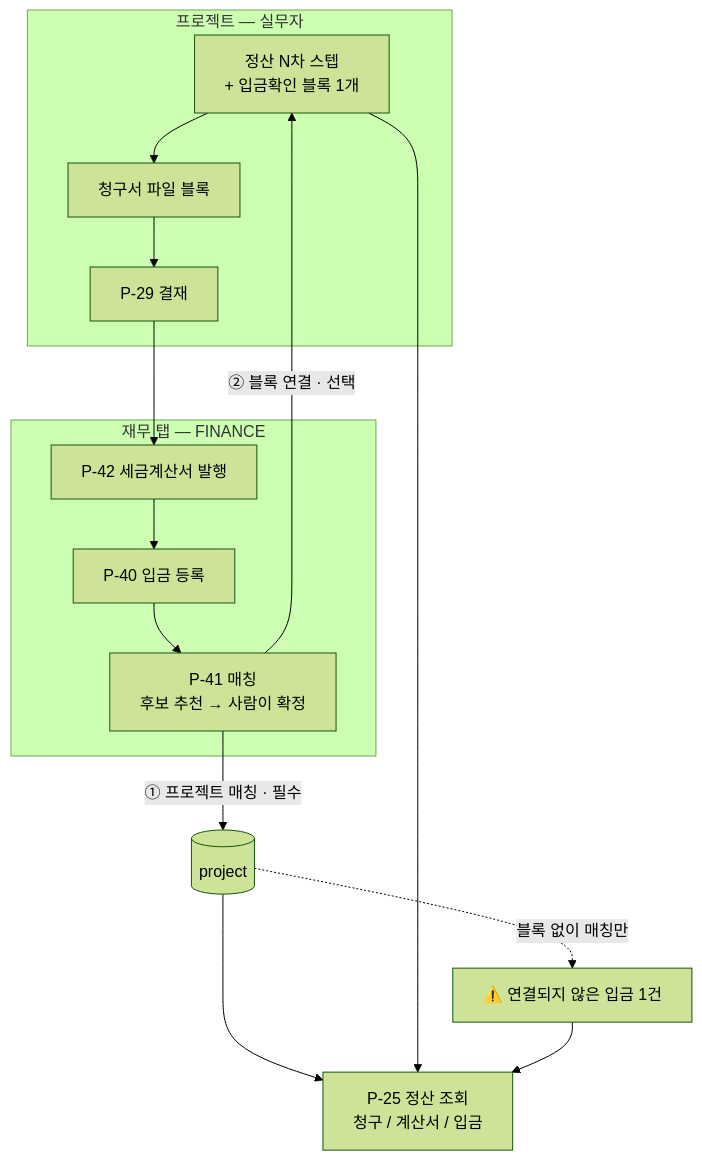
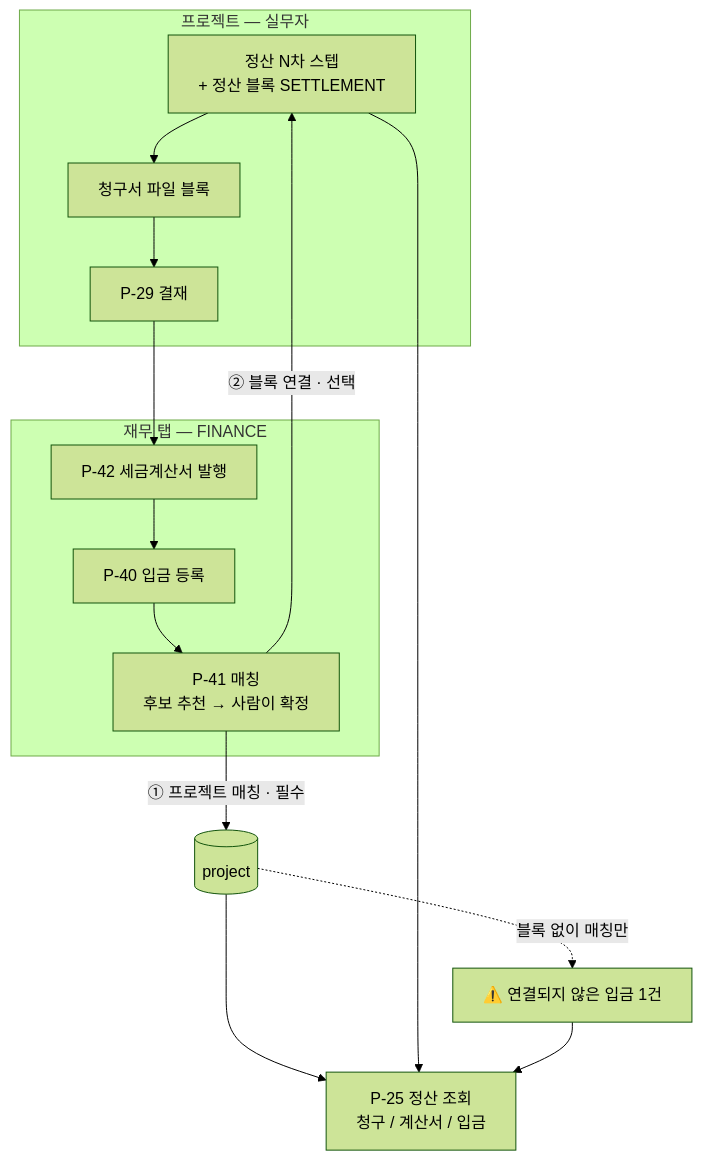
One commit to wanted-VitS-Project/Vit_S-GroupwareService-BackEnd changed the fourth of 4 diagrams in .ai/docs/global/PAGE.md. Above: the diagram before and after it, drawn with Mermaid (forest theme). The commit also changed other lines of this file and 44 other files, not shown here.

````diff
--- a/.ai/docs/global/PAGE.md
+++ b/.ai/docs/global/PAGE.md
@@ -312,18 +331,18 @@
 ```mermaid
 flowchart TD
     subgraph PRJ["프로젝트 — 실무자"]
-        S1[정산 N차 스텝<br/>+ 입금확인 블록 1개] --> S2[청구서 파일 블록]
+        S1[정산 N차 스텝<br/>+ 정산 블록 SETTLEMENT] --> S2[청구서 파일 블록]
         S2 --> S3[P-29 결재]
     end
     subgraph FIN["재무 탭 — FINANCE"]
         F1[P-42 세금계산서 발행] --> F2[P-40 입금 등록]
         F2 --> F3[P-41 매칭<br/>후보 추천 → 사람이 확정]
     end
     S3 --> F1
     F3 -->|① 프로젝트 매칭 · 필수| PJ[(project)]
     F3 -->|② 블록 연결 · 선택| S1
     PJ --> P25[P-25 정산 조회<br/>청구 / 계산서 / 입금]
     S1 --> P25
     PJ -.블록 없이 매칭만.-> WARN[⚠️ 연결되지 않은 입금 1건]
     WARN --> P25
 ```
````
